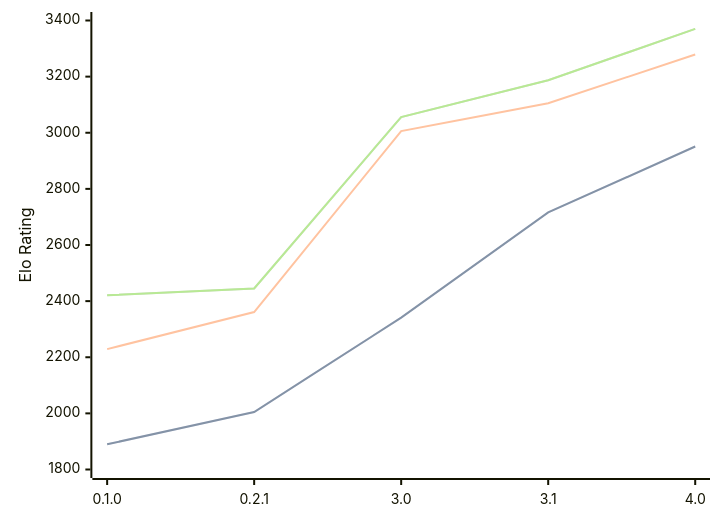
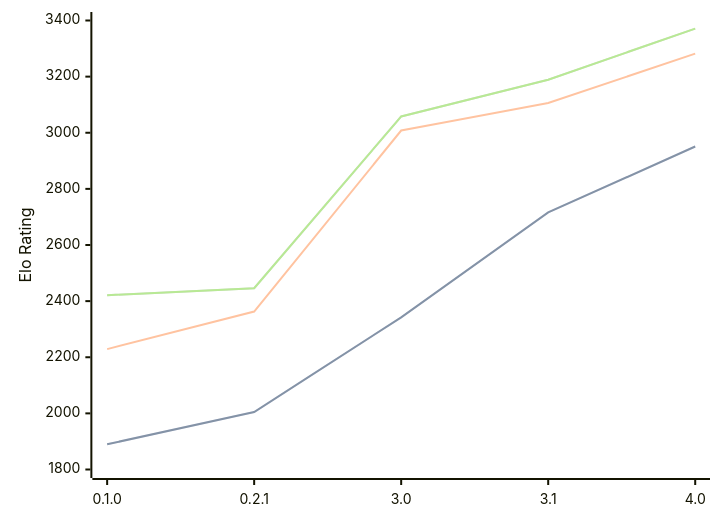
Before and after one commit to computer-chess-index/cci: the diagram in engines/Sykora.md, drawn with Mermaid. The commit also changed other lines of this file, not shown here.

Commit message:
Update CCI Ratings (ELO VLTC) - 2026-09-16

````diff
--- a/engines/Sykora.md
+++ b/engines/Sykora.md
@@ -36,11 +36,11 @@
 ```mermaid
 %%{init: {"theme":"base","themeVariables":{"seriesColors:['#a3a3a3','#222221','#faa371']}}}%%
 xychart-beta
   x-axis ["0.1.0", "0.2.1", "3.0", "3.1", "4.0"]
   y-axis "Elo Rating" 1800 --> 3400
-  line "" [1890, 2005, 2341, 2716, 2951]
-  line "STC (8.0+0.08s)" [1890, 2005, 2341, 2716, 2951]
-  line "LTC (60.0+0.60s)" [2229, 2361, 3006, 3105, 3279]
-  line "" [2421, 2445, 3056, 3187, 3370]
-  line "VLTC (2m24s+1.12s)" [2421, 2445, 3056, 3187, 3370]
+  line "" [1890, 2005, 2342, 2716, 2951]
+  line "STC (8.0+0.08s)" [1890, 2005, 2342, 2716, 2951]
+  line "LTC (60.0+0.60s)" [2229, 2363, 3008, 3106, 3282]
+  line "" [2421, 2446, 3058, 3189, 3371]
+  line "VLTC (2m24s+1.12s)" [2421, 2446, 3058, 3189, 3371]
 ```
````
